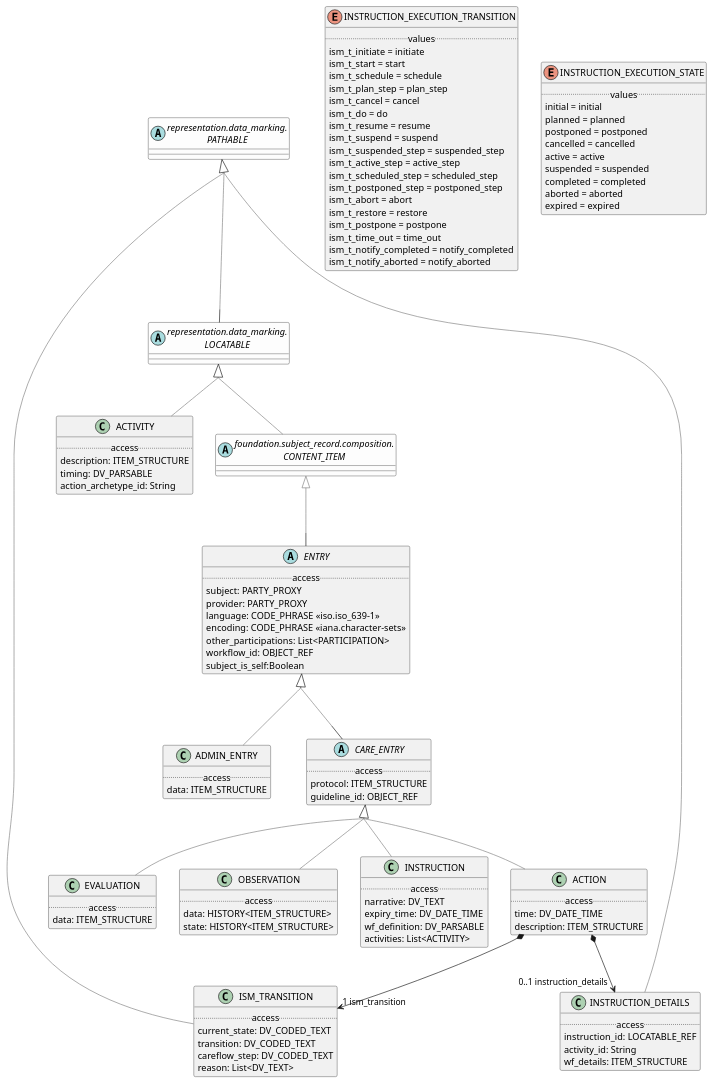
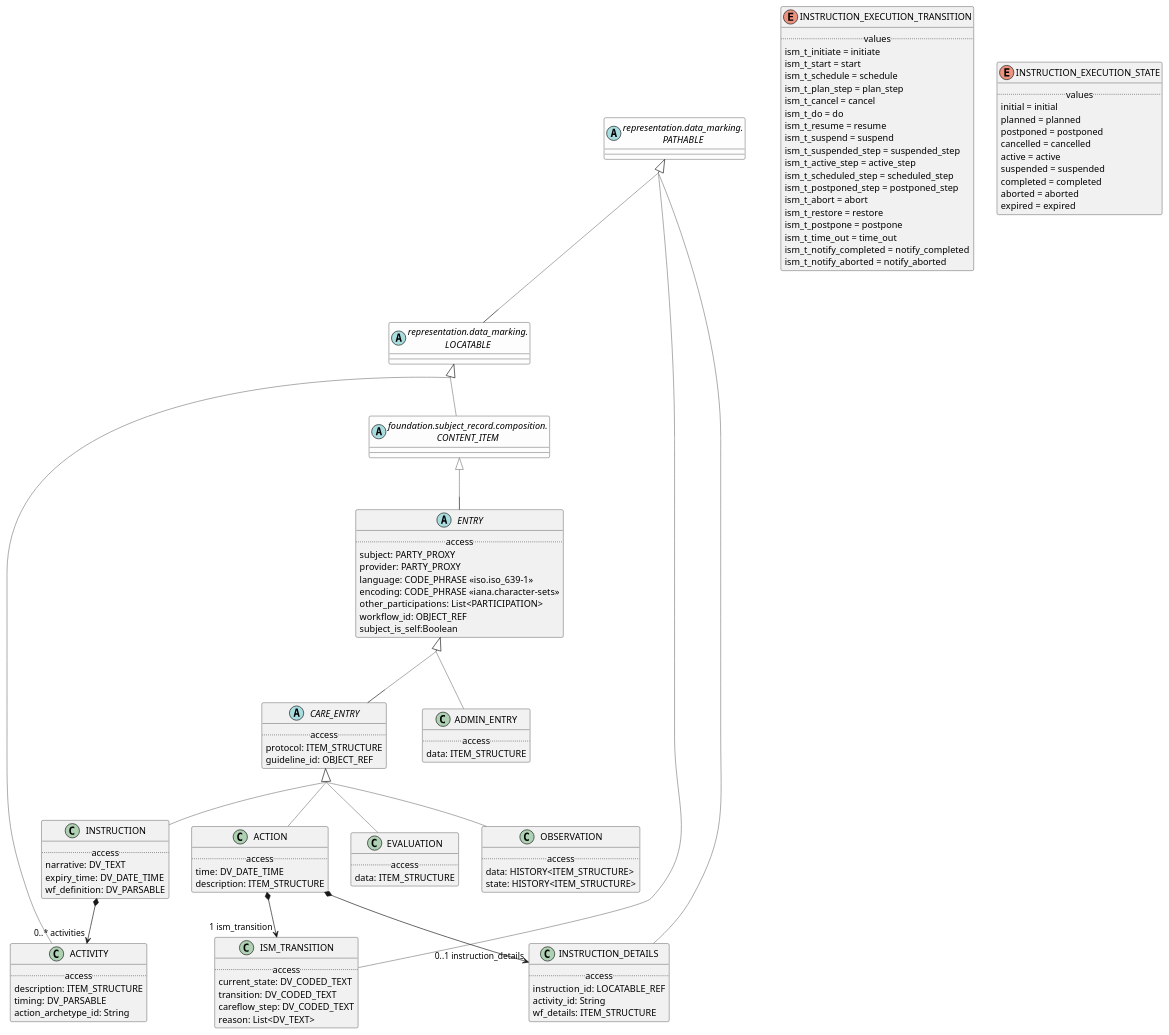
One commit to wolandscat/openehr-doc changed the diagram in modules/ROOT/examples/bmm/foundation/subject_record/statement/statement-package-uml.adoc. Above: the diagram before and after it, drawn with PlantUML. The commit also changed 26 other files, not shown here.

```diff
--- a/modules/ROOT/examples/bmm/foundation/subject_record/statement/statement-package-uml.adoc
+++ b/modules/ROOT/examples/bmm/foundation/subject_record/statement/statement-package-uml.adoc
@@ -82,11 +82,12 @@
         narrative: DV_TEXT
         expiry_time: DV_DATE_TIME
         wf_definition: DV_PARSABLE
-        activities: List<ACTIVITY>
 }
 
 INSTRUCTION -[#gray]up-|> CARE_ENTRY  
 
+
+INSTRUCTION *--> "0..* activities" ACTIVITY
 
 enum INSTRUCTION_EXECUTION_STATE [[/openehr-doc/latest/foundation/subject_record-gen.html#_class_instruction_execution_state]] {
         .. values ..
```
